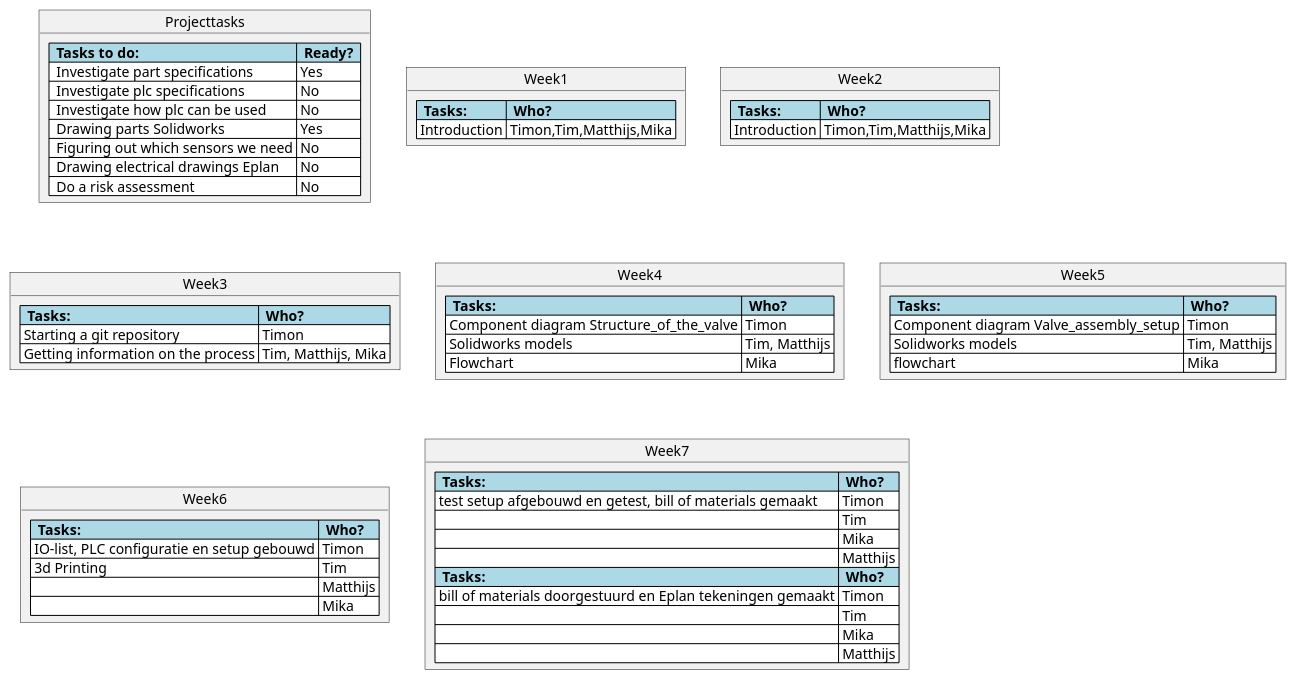
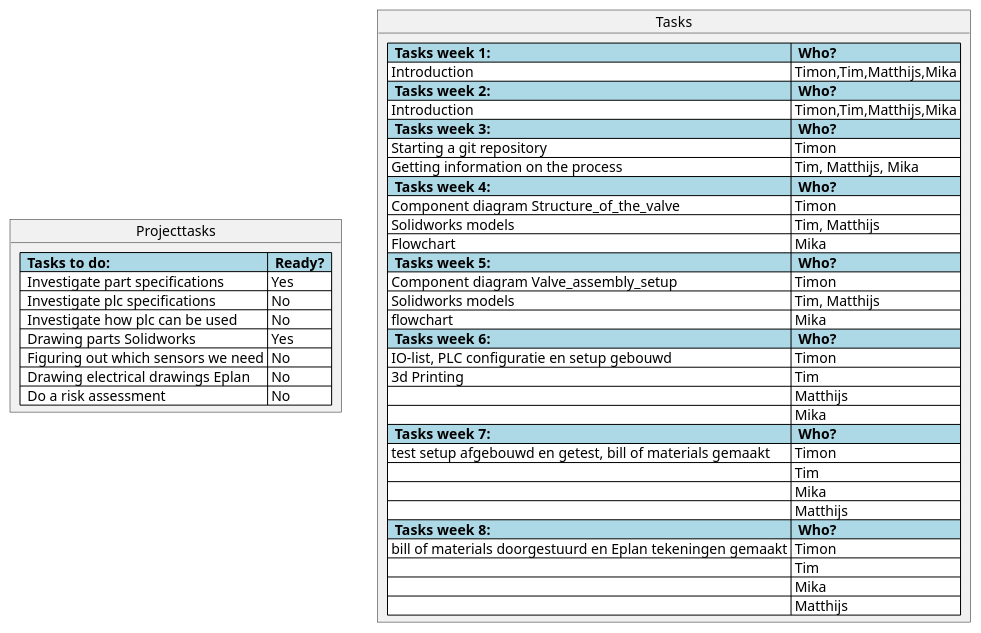
One commit to Timon14kraan/Project-Proces-and-Safety changed the diagram in src/Tasks.md. Above: the diagram before and after it, drawn with PlantUML. The commit also changed 2 other files, not shown here.

Commit message:
tasks aangepast

````diff
--- a/src/Tasks.md
+++ b/src/Tasks.md
@@ -5,71 +5,71 @@
 ```plantuml
 @startuml
 
 object Projecttasks {
   <#lightblue,#black>|=  Tasks to do:  |=  Ready?  |
   <#white>|  Investigate part specifications | Yes | 
   <#white>|  Investigate plc specifications | No |
   <#white>|  Investigate how plc can be used  | No |
   <#white>|  Drawing parts Solidworks | Yes |
   <#white>|  Figuring out which sensors we need | No |
   <#white>|  Drawing electrical drawings Eplan | No |
   <#white>|  Do a risk assessment | No |
 }
 
-object Week1 {
-  <#lightblue,#black>|=  Tasks:  |=  Who?  |
+object Tasks {
+  <#lightblue,#black>|=  Tasks week 1:  |=  Who?  |
   <#white>| Introduction | Timon,Tim,Matthijs,Mika |
 }
 
-object Week2 {
-  <#lightblue,#black>|=  Tasks:  |=  Who?  |
+object Tasks {
+  <#lightblue,#black>|=  Tasks week 2:  |=  Who?  |
   <#white>| Introduction | Timon,Tim,Matthijs,Mika |
 }
 
-object Week3 {
-  <#lightblue,#black>|=  Tasks:  |=  Who?  |
+object Tasks {
+  <#lightblue,#black>|=  Tasks week 3:  |=  Who?  |
   <#white>| Starting a git repository | Timon |
   <#white>| Getting information on the process | Tim, Matthijs, Mika |
 }
 
-object Week4 {
-  <#lightblue,#black>|=  Tasks:  |=  Who?  |
+object Tasks {
+  <#lightblue,#black>|=  Tasks week 4:  |=  Who?  |
   <#white>| Component diagram Structure_of_the_valve | Timon |
   <#white>| Solidworks models| Tim, Matthijs |
   <#white>| Flowchart| Mika |
 }
 
-object Week5 {
-  <#lightblue,#black>|=  Tasks:  |=  Who?  |
+object Tasks {
+  <#lightblue,#black>|=  Tasks week 5:  |=  Who?  |
   <#white>| Component diagram Valve_assembly_setup | Timon |
   <#white>| Solidworks models| Tim, Matthijs |
   <#white>| flowchart| Mika |
 }
 
-object Week6 {
-  <#lightblue,#black>|=  Tasks:  |=  Who?  |
+object Tasks {
+  <#lightblue,#black>|=  Tasks week 6:  |=  Who?  |
   <#white>| IO-list, PLC configuratie en setup gebouwd | Timon |
   <#white>| 3d Printing | Tim |
   <#white>| | Matthijs |
   <#white>|  | Mika |
 }
 
-object Week7 {
-  <#lightblue,#black>|=  Tasks:  |=  Who?  |
+object Tasks {
+  <#lightblue,#black>|=  Tasks week 7:  |=  Who?  |
   <#white>| test setup afgebouwd en getest, bill of materials gemaakt | Timon |
   <#white>|  | Tim |
   <#white>|  | Mika |
   <#white>|  | Matthijs |
 }
 
-object Week7 {
-  <#lightblue,#black>|=  Tasks:  |=  Who?  |
+object Tasks {
+  <#lightblue,#black>|=  Tasks week 8:  |=  Who?  |
   <#white>| bill of materials doorgestuurd en Eplan tekeningen gemaakt | Timon |
   <#white>|  | Tim |
   <#white>|  | Mika |
   <#white>|  | Matthijs |
 }
 
 
 @endulm
 ```
````
